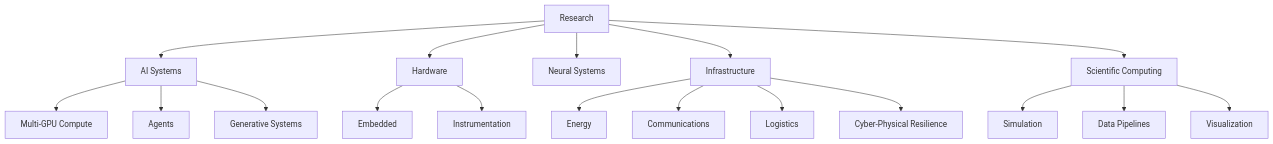
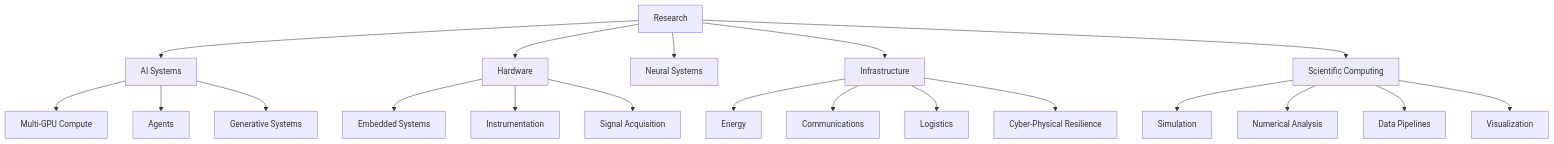
One commit to Daniel-J-Mueller/ArcheausGalacto changed the second of 2 diagrams in README.md. Above: the diagram before and after it, drawn with Mermaid. The commit also changed other lines of this file, not shown here.

````diff
--- a/README.md
+++ b/README.md
@@ -180,24 +266,26 @@
 ```mermaid
 graph TD
-    A[Research] --> B[AI Systems]
-    A --> C[Hardware]
-    A --> D[Neural Systems]
-    A --> E[Infrastructure]
-    A --> F[Scientific Computing]
+    R[Research] --> AI[AI Systems]
+    R --> HW[Hardware]
+    R --> NS[Neural Systems]
+    R --> INF[Infrastructure]
+    R --> SC[Scientific Computing]
 
-    B --> G[Multi-GPU Compute]
-    B --> H[Agents]
-    B --> I[Generative Systems]
+    AI --> GPU[Multi-GPU Compute]
+    AI --> AG[Agents]
+    AI --> GEN[Generative Systems]
 
-    C --> J[Embedded]
-    C --> K[Instrumentation]
+    HW --> EMB[Embedded Systems]
+    HW --> INS[Instrumentation]
+    HW --> SIG[Signal Acquisition]
 
-    E --> M[Energy]
-    E --> N[Communications]
-    E --> O[Logistics]
-    E --> P[Cyber-Physical Resilience]
+    INF --> EN[Energy]
+    INF --> COM[Communications]
+    INF --> LOG[Logistics]
+    INF --> CPR[Cyber-Physical Resilience]
 
-    F --> Q[Simulation]
-    F --> R[Data Pipelines]
-    F --> S[Visualization]
+    SC --> SIM[Simulation]
+    SC --> NUM[Numerical Analysis]
+    SC --> DATA[Data Pipelines]
+    SC --> VIS[Visualization]
 ```
````
